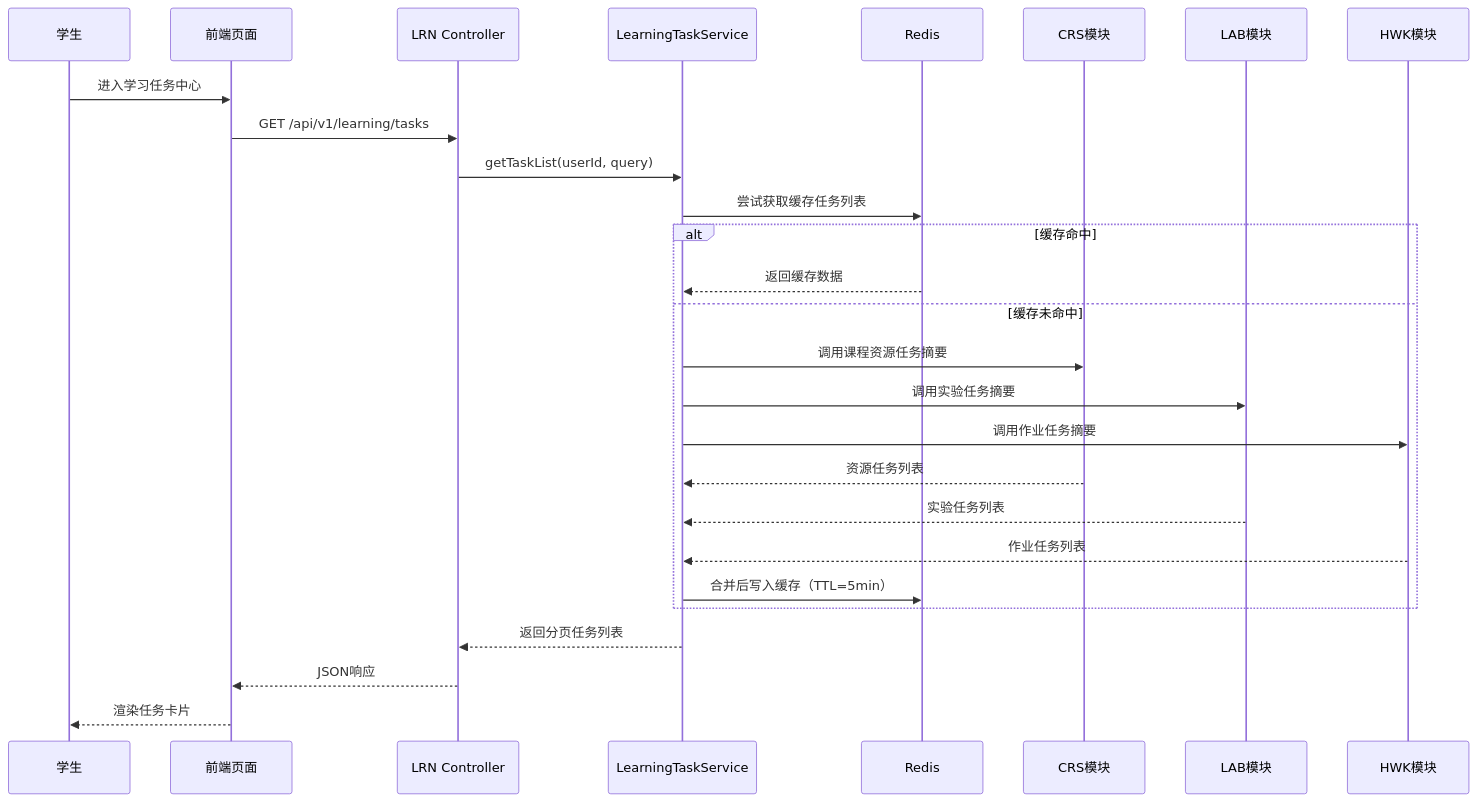
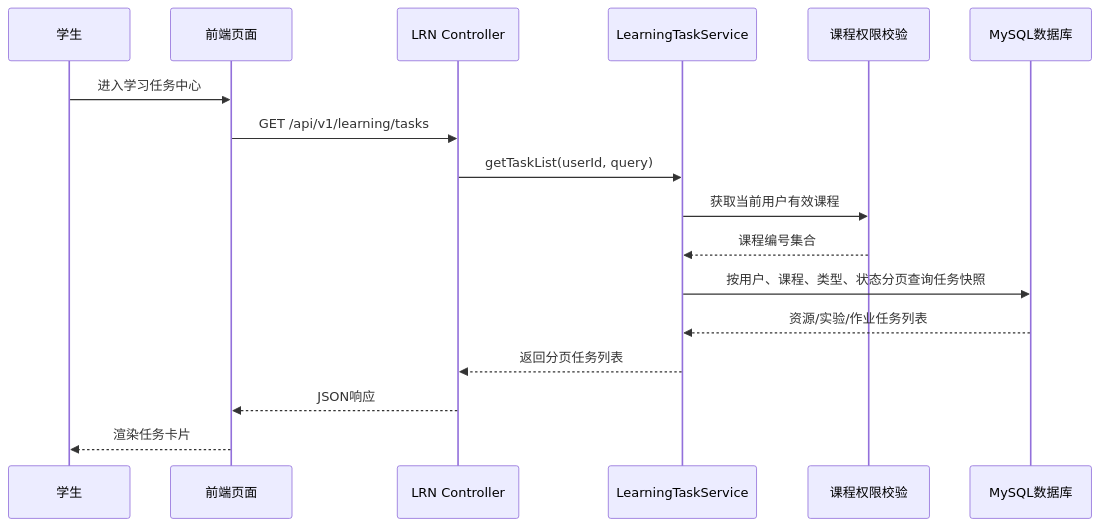
One commit to Cr4zyorange/OnlineJudge changed the first of 4 diagrams in docs/过程/详细设计/LRN-学习过程与通知提醒-详细设计提交稿.md. Above: the diagram before and after it, drawn with Mermaid. The commit also changed other lines of this file and 37 other files, not shown here.

Commit message:
docs(lrn): map UC-LRN-01 scenario diagrams

````diff
--- a/docs/过程/详细设计/LRN-学习过程与通知提醒-详细设计提交稿.md
+++ b/docs/过程/详细设计/LRN-学习过程与通知提醒-详细设计提交稿.md
@@ -282,30 +288,20 @@
 ```mermaid
 sequenceDiagram
     participant U as 学生
     participant P as 前端页面
     participant C as LRN Controller
     participant S as LearningTaskService
-    participant Cache as Redis
-    participant CRS as CRS模块
-    participant LAB as LAB模块
-    participant HWK as HWK模块
+    participant Permission as 课程权限校验
+    participant DB as MySQL数据库
 
     U->>P: 进入学习任务中心
     P->>C: GET /api/v1/learning/tasks
     C->>S: getTaskList(userId, query)
-    S->>Cache: 尝试获取缓存任务列表
-    alt 缓存命中
-        Cache-->>S: 返回缓存数据
-    else 缓存未命中
-        S->>CRS: 调用课程资源任务摘要
-        S->>LAB: 调用实验任务摘要
-        S->>HWK: 调用作业任务摘要
-        CRS-->>S: 资源任务列表
-        LAB-->>S: 实验任务列表
-        HWK-->>S: 作业任务列表
-        S->>Cache: 合并后写入缓存（TTL=5min）
-    end
+    S->>Permission: 获取当前用户有效课程
+    Permission-->>S: 课程编号集合
+    S->>DB: 按用户、课程、类型、状态分页查询任务快照
+    DB-->>S: 资源/实验/作业任务列表
     S-->>C: 返回分页任务列表
     C-->>P: JSON响应
     P-->>U: 渲染任务卡片
 ```
````
